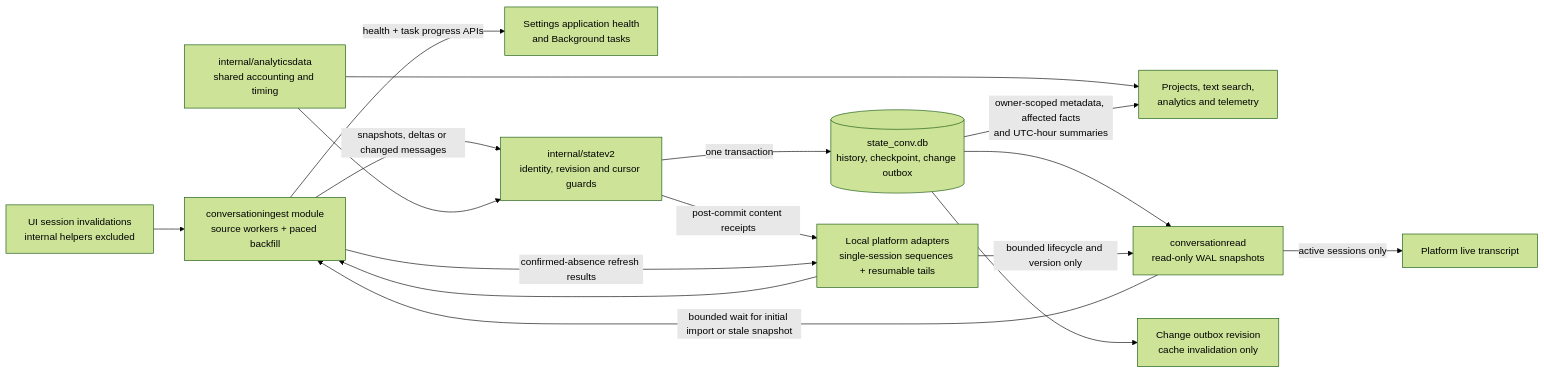
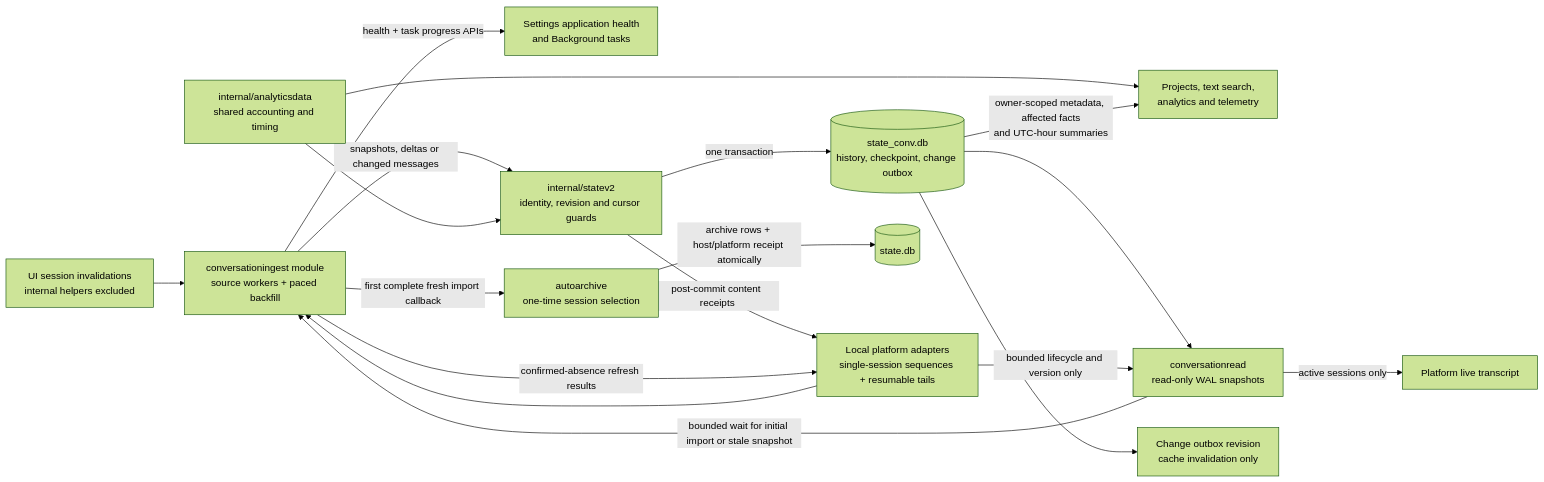
Before and after one commit to ocman/ocman: the first of 7 diagrams in docs/other/architecture-history.md, drawn with Mermaid (forest theme). The commit also changed other lines of this file and 19 other files, not shown here.

Commit message:
feat(sessions): archive older sessions on first import

````diff
--- a/docs/other/architecture-history.md
+++ b/docs/other/architecture-history.md
@@ -15,19 +15,21 @@
 ```mermaid
 flowchart LR
     Import[conversationingest module<br/>source workers + paced backfill]
     Adapters[Local platform adapters<br/>single-session sequences + resumable tails] --> Import
     Events[UI session invalidations<br/>internal helpers excluded] --> Import
     Import -->|health + task progress APIs| UI[Settings application health<br/>and Background tasks]
     Import -->|snapshots, deltas or changed messages| Commit[internal/statev2<br/>identity, revision and cursor guards]
     Rules[internal/analyticsdata<br/>shared accounting and timing] --> Commit
     Rules --> Analytics
     Commit -->|one transaction| History[(state_conv.db<br/>history, checkpoint, change outbox)]
     Commit -->|post-commit content receipts| Adapters
     Import -->|confirmed-absence refresh results| Adapters
+    Import -->|first complete fresh import callback| Archive[autoarchive<br/>one-time session selection]
+    Archive -->|archive rows + host/platform receipt atomically| State[(state.db)]
     History --> Reader[conversationread<br/>read-only WAL snapshots]
     Adapters -->|bounded lifecycle and version only| Reader
     Reader -->|bounded wait for initial import or stale snapshot| Import
     Reader -->|active sessions only| Live[Platform live transcript]
     History -->|owner-scoped metadata, affected facts<br/>and UTC-hour summaries| Analytics[Projects, text search,<br/>analytics and telemetry]
     History --> Changes[Change outbox revision<br/>cache invalidation only]
 ```
````
